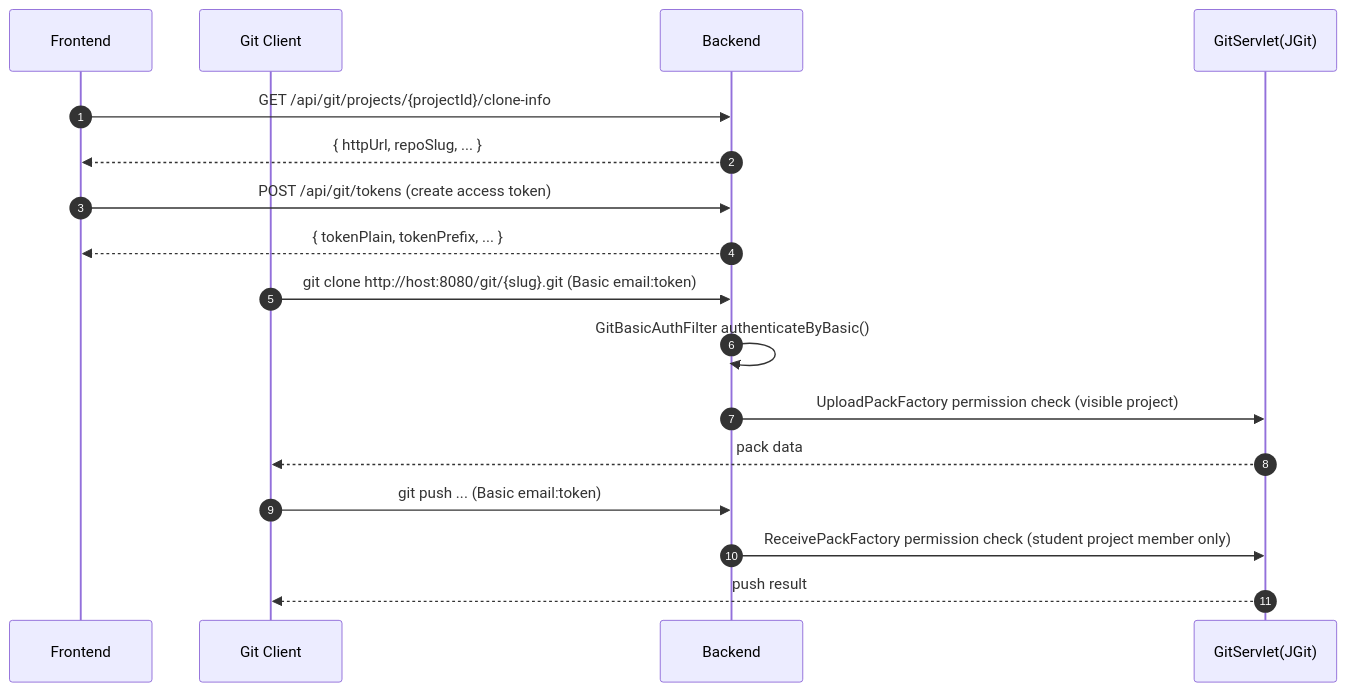
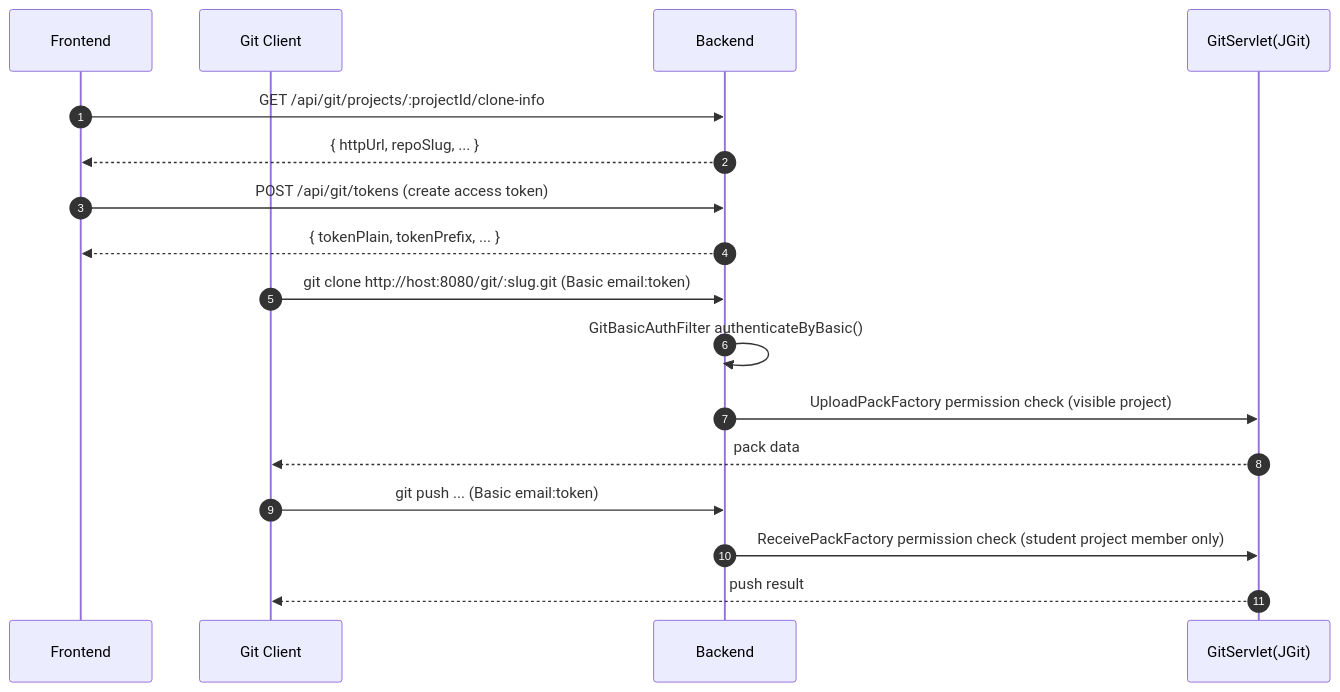
The fifth of 6 diagrams in README.md (moduqishi/educollab), drawn with Mermaid before and after one commit. The commit also changed other lines of this file, not shown here.

Commit message:
Fix Mermaid rendering issues in README diagrams

````diff
--- a/README.md
+++ b/README.md
@@ -173,22 +173,22 @@
 ```mermaid
 sequenceDiagram
   autonumber
   participant FE as Frontend
   participant CLI as Git Client
   participant BE as Backend
   participant G as GitServlet(JGit)
 
-  FE->>BE: GET /api/git/projects/{projectId}/clone-info
+  FE->>BE: GET /api/git/projects/:projectId/clone-info
   BE-->>FE: { httpUrl, repoSlug, ... }
   FE->>BE: POST /api/git/tokens (create access token)
   BE-->>FE: { tokenPlain, tokenPrefix, ... }
 
-  CLI->>BE: git clone http://host:8080/git/{slug}.git (Basic email:token)
+  CLI->>BE: git clone http://host:8080/git/:slug.git (Basic email:token)
   BE->>BE: GitBasicAuthFilter authenticateByBasic()
   BE->>G: UploadPackFactory permission check (visible project)
   G-->>CLI: pack data
 
   CLI->>BE: git push ... (Basic email:token)
   BE->>G: ReceivePackFactory permission check (student project member only)
   G-->>CLI: push result
 ```
````
